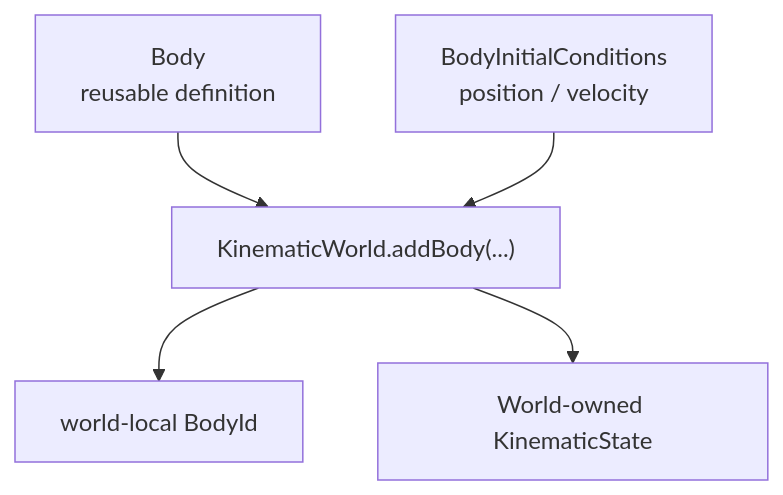
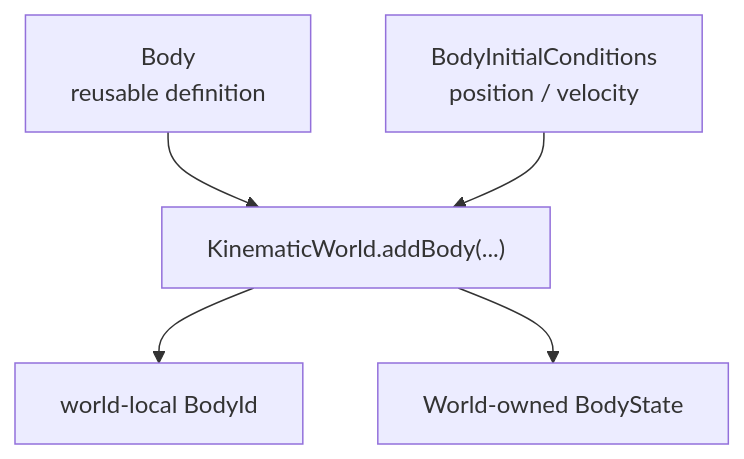
Before and after one commit to fa-ribeiro/vLab2D: the third of 7 diagrams in docs/project/project-map.md, drawn with Mermaid. The commit also changed 27 other files, not shown here.

````diff
--- a/docs/project/project-map.md
+++ b/docs/project/project-map.md
@@ -88,13 +88,13 @@
 ```mermaid
 flowchart TD
     BODY["Body<br/>reusable definition"]
     ADD["KinematicWorld.addBody(...)"]
     INIT["BodyInitialConditions<br/>position / velocity"]
     ID["world-local BodyId"]
-    STATE["World-owned KinematicState"]
+    STATE["World-owned BodyState"]
 
     BODY --> ADD
     INIT --> ADD
     ADD --> ID
     ADD --> STATE
 ```
````
